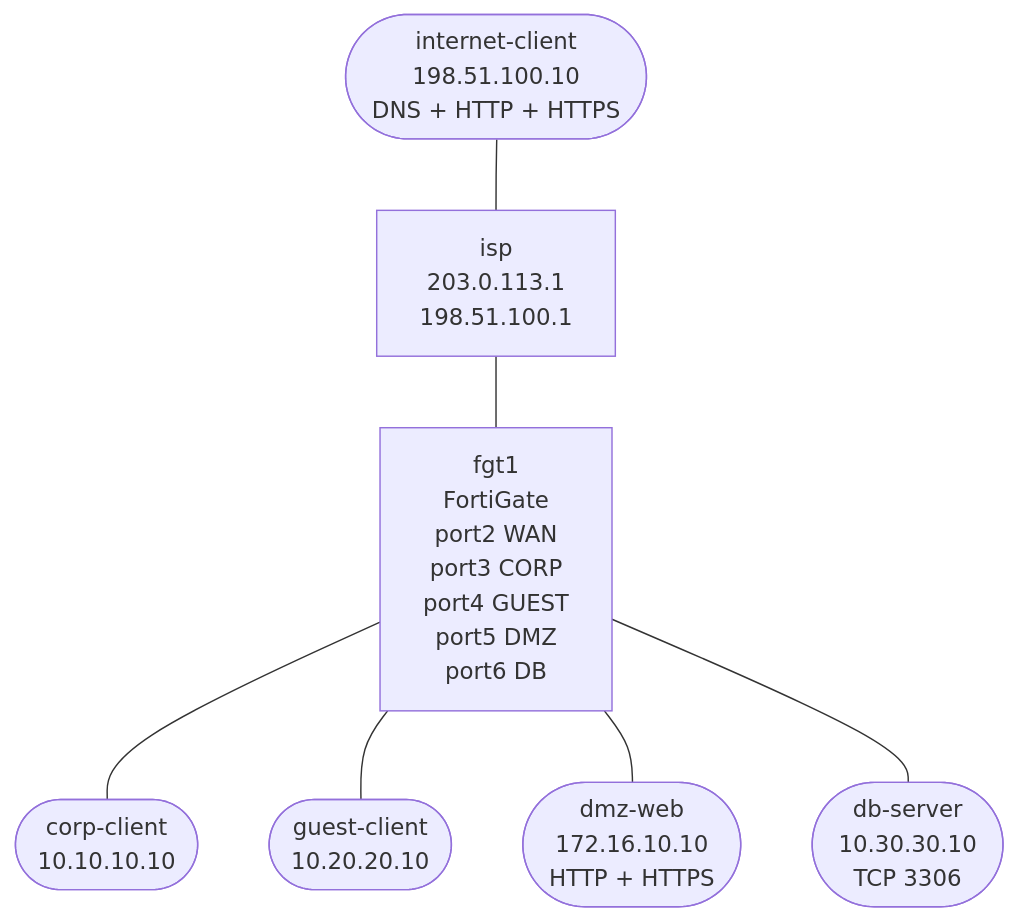
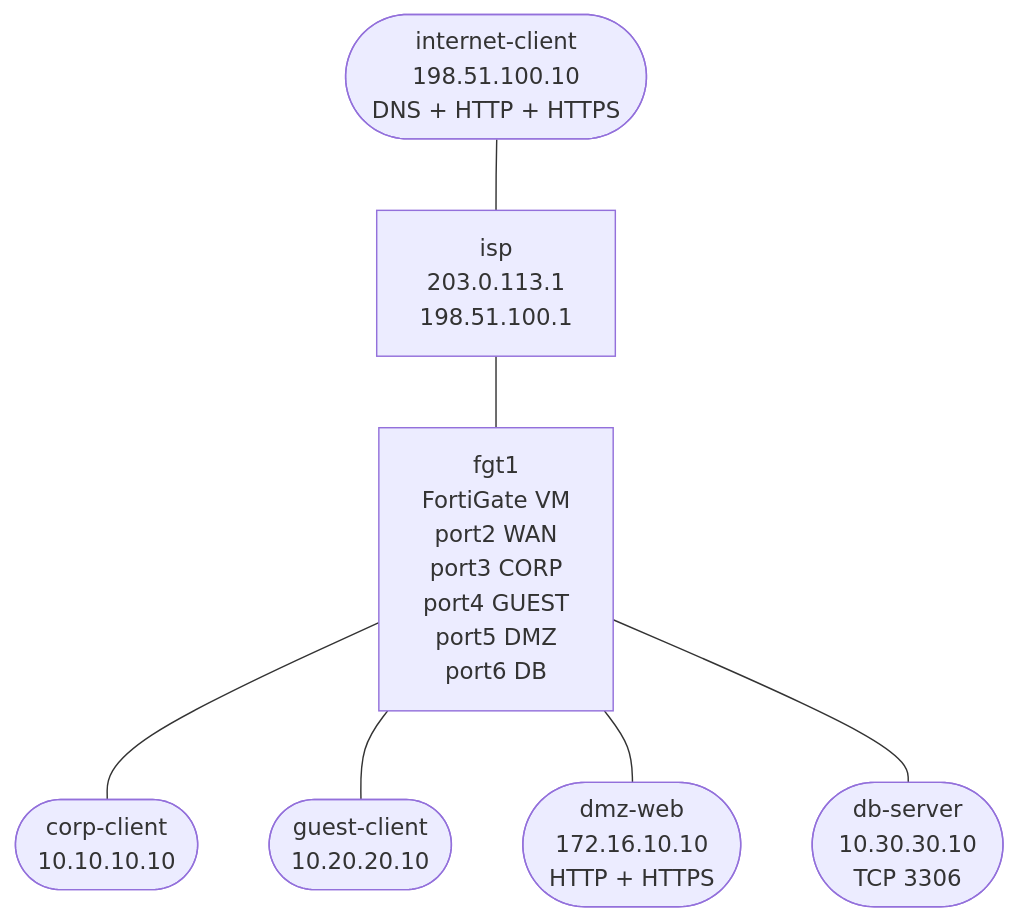
The diagram in labs/fortigate-firewall-capstone/README.md (jschless/networkingLabs), drawn with Mermaid before and after one commit. The commit also changed other lines of this file and 32 other files, not shown here.

````diff
--- a/labs/fortigate-firewall-capstone/README.md
+++ b/labs/fortigate-firewall-capstone/README.md
@@ -9,17 +15,17 @@
 ```mermaid
 flowchart TB
     public(["internet-client\n198.51.100.10\nDNS + HTTP + HTTPS"])
     isp["isp\n203.0.113.1\n198.51.100.1"]
-    fgt["fgt1\nFortiGate\nport2 WAN\nport3 CORP\nport4 GUEST\nport5 DMZ\nport6 DB"]
+    fgt["fgt1\nFortiGate VM\nport2 WAN\nport3 CORP\nport4 GUEST\nport5 DMZ\nport6 DB"]
     corp(["corp-client\n10.10.10.10"])
     guest(["guest-client\n10.20.20.10"])
     dmz(["dmz-web\n172.16.10.10\nHTTP + HTTPS"])
     db(["db-server\n10.30.30.10\nTCP 3306"])
 
     public --- isp
     isp --- fgt
     fgt --- corp
     fgt --- guest
     fgt --- dmz
     fgt --- db
 ```
````
